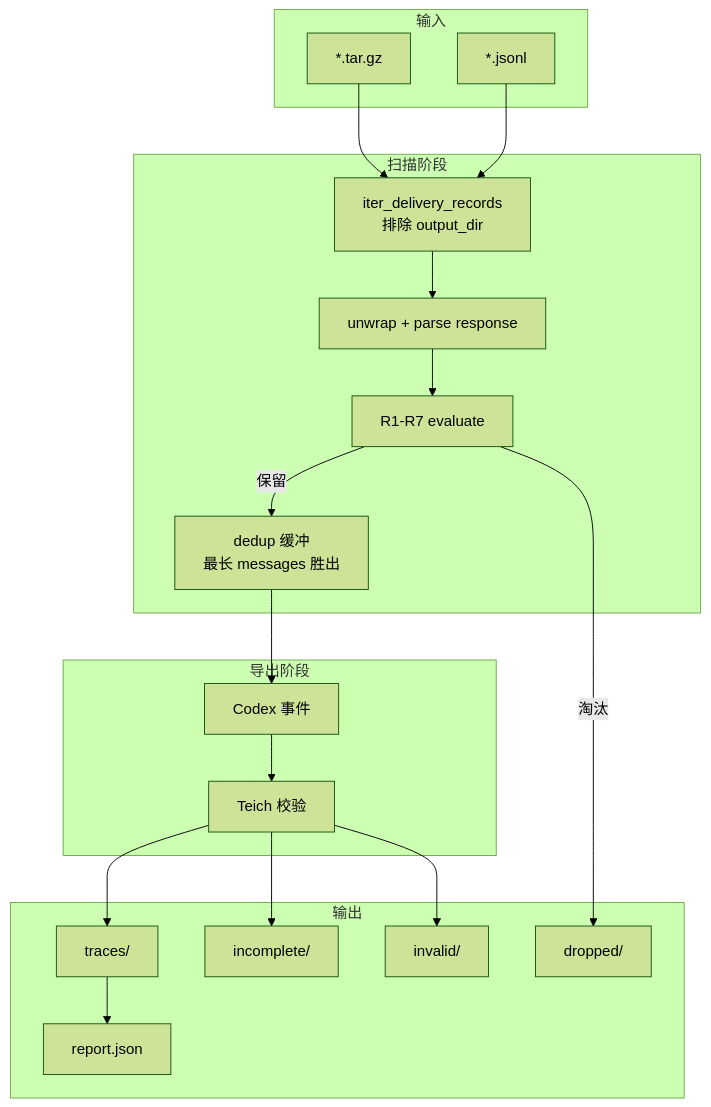
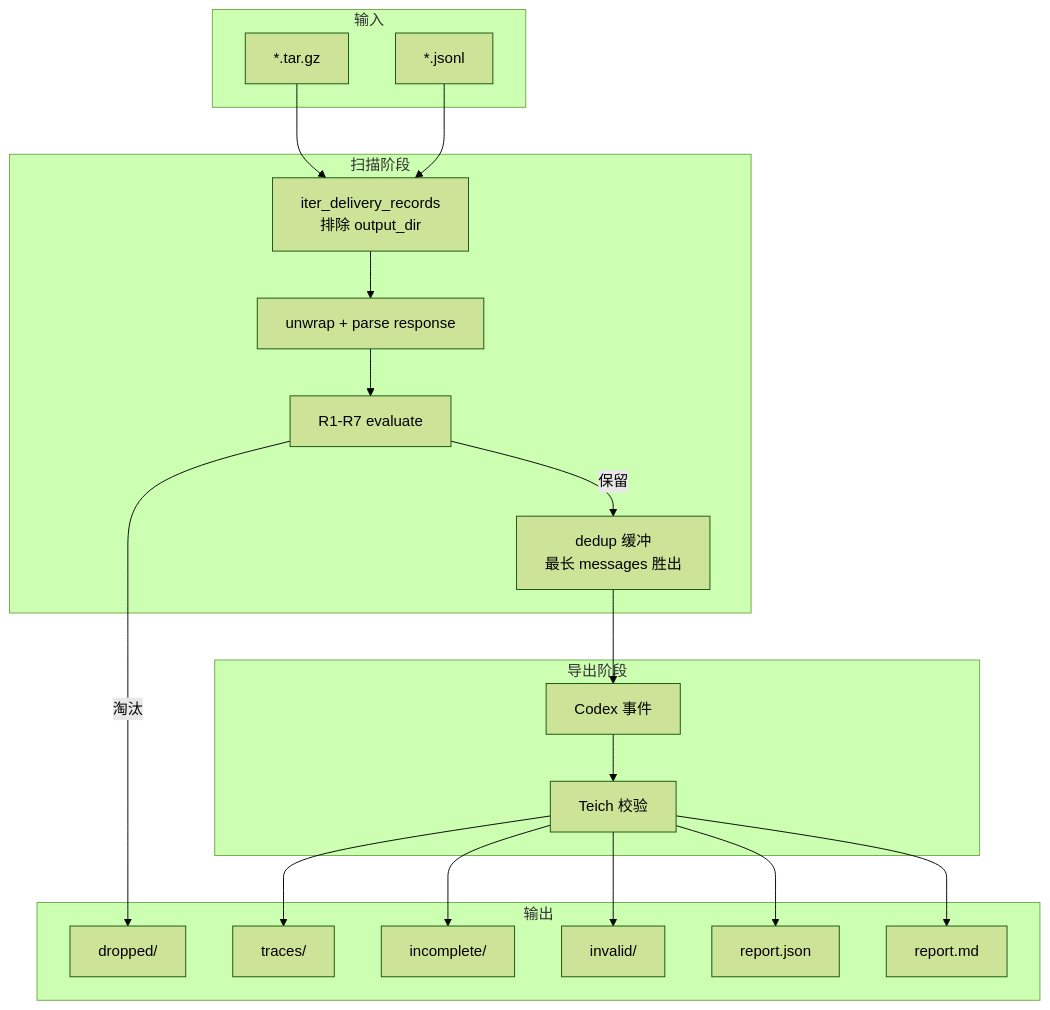
The diagram in USER_GUIDE.md (Powverse-Inc/trajery), drawn with Mermaid (forest theme) before and after one commit. The commit also changed other lines of this file and 3 other files, not shown here.

````diff
--- a/USER_GUIDE.md
+++ b/USER_GUIDE.md
@@ -22,37 +36,39 @@
 ```mermaid
 flowchart TB
   subgraph input [输入]
     tarGz["*.tar.gz"]
     jsonlIn["*.jsonl"]
   end
 
   subgraph scan [扫描阶段]
     iter["iter_delivery_records\n排除 output_dir"]
     unwrap["unwrap + parse response"]
     filter["R1-R7 evaluate"]
     dedup["dedup 缓冲\n最长 messages 胜出"]
   end
 
   subgraph export [导出阶段]
     codex["Codex 事件"]
     teichVal["Teich 校验"]
   end
 
   subgraph output [输出]
     traces["traces/"]
     incomplete["incomplete/"]
     invalid["invalid/"]
     dropped["dropped/"]
-    report["report.json"]
+    reportJson["report.json"]
+    reportMd["report.md"]
   end
 
   tarGz --> iter
   jsonlIn --> iter
   iter --> unwrap --> filter
   filter -->|淘汰| dropped
   filter -->|保留| dedup --> codex --> teichVal
   teichVal --> traces
   teichVal --> incomplete
   teichVal --> invalid
-  traces --> report
+  teichVal --> reportJson
+  teichVal --> reportMd
 ```
````
